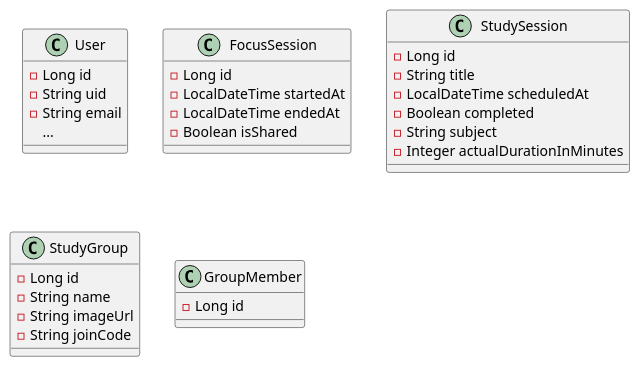
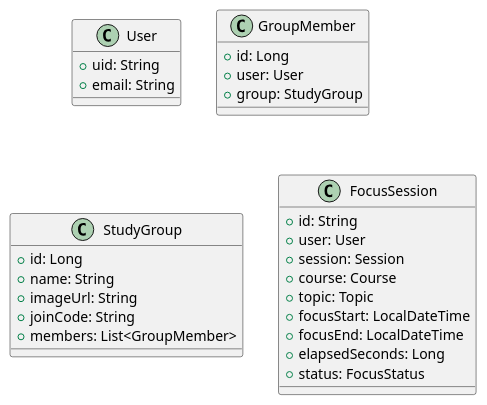
The diagram in p2/entity.puml (keerati5003/PlanMate-Diagram), drawn with PlantUML before and after one commit. The commit also changed 5 other files, not shown here.

```diff
--- a/p2/entity.puml
+++ b/p2/entity.puml
@@ -1,35 +1,34 @@
 @startuml
+
 class User {
-    - Long id
-    - String uid
-    - String email
-    ...
+    +uid: String
+    +email: String
+}
+
+class GroupMember {
+    +id: Long
+    +user: User
+    +group: StudyGroup
+}
+
+class StudyGroup {
+    +id: Long
+    +name: String
+    +imageUrl: String
+    +joinCode: String
+    +members: List<GroupMember>
 }
 
 class FocusSession {
-    - Long id
-    - LocalDateTime startedAt
-    - LocalDateTime endedAt
-    - Boolean isShared
+    +id: String
+    +user: User
+    +session: Session
+    +course: Course
+    +topic: Topic
+    +focusStart: LocalDateTime
+    +focusEnd: LocalDateTime
+    +elapsedSeconds: Long
+    +status: FocusStatus
 }
 
-class StudySession {
-    - Long id
-    - String title
-    - LocalDateTime scheduledAt
-    - Boolean completed
-    - String subject
-    - Integer actualDurationInMinutes
-}
-
-class StudyGroup {
-    - Long id
-    - String name
-    - String imageUrl
-    - String joinCode
-}
-
-class GroupMember {
-    - Long id
-}
 @enduml
```
